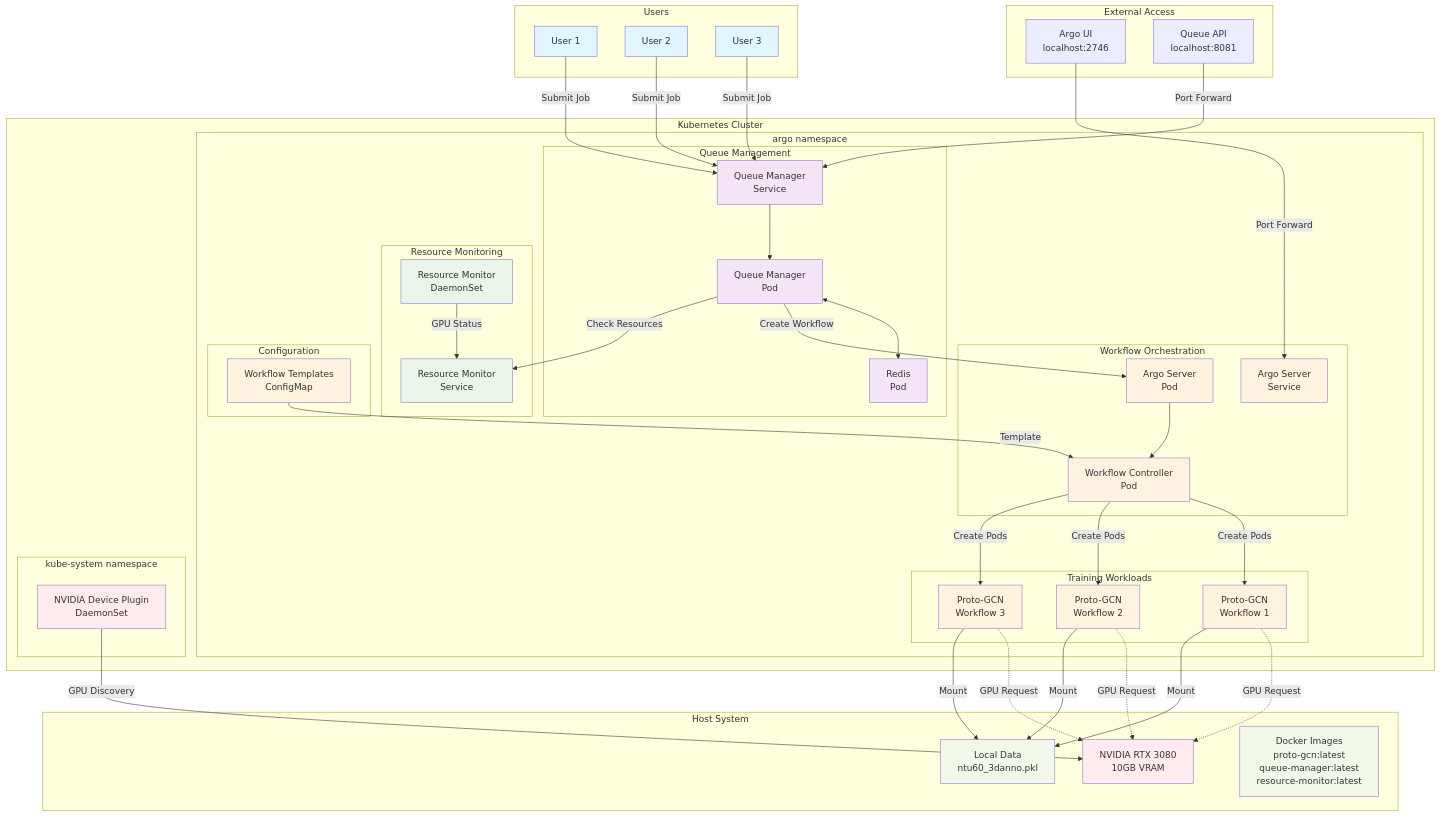
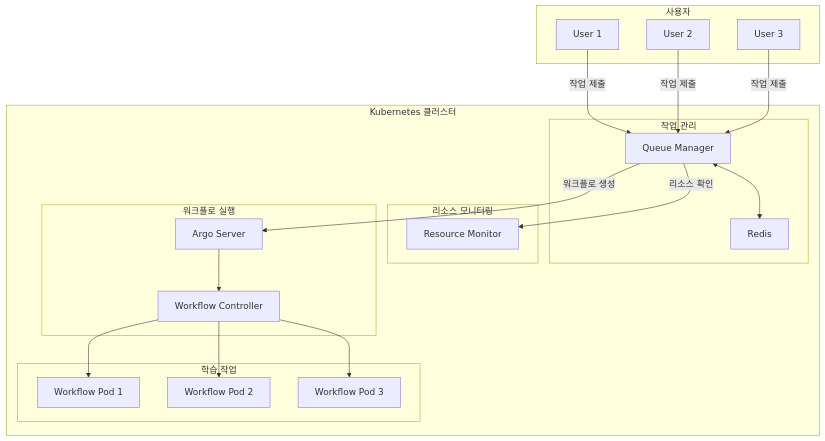
One commit to DGU-CSDC-Lab/k8s-multi-container-system changed the diagram in architecture.md. Above: the diagram before and after it, drawn with Mermaid. The commit also changed other lines of this file and 5 other files, not shown here.

````diff
--- a/architecture.md
+++ b/architecture.md
@@ -5,105 +5,43 @@
 ```mermaid
 graph TB
-    subgraph "Users"
+    subgraph "사용자"
         U1[User 1]
-        U2[User 2]
+        U2[User 2] 
         U3[User 3]
     end
 
-    subgraph "Kubernetes Cluster"
-        subgraph "argo namespace"
-            subgraph "Queue Management"
-                QM[Queue Manager<br/>Pod]
-                Redis[Redis<br/>Pod]
-                QS[Queue Manager<br/>Service]
-            end
-            
-            subgraph "Resource Monitoring"
-                RM[Resource Monitor<br/>DaemonSet]
-                RMS[Resource Monitor<br/>Service]
-            end
-            
-            subgraph "Workflow Orchestration"
-                AS[Argo Server<br/>Pod]
-                WC[Workflow Controller<br/>Pod]
-                ASS[Argo Server<br/>Service]
-            end
-            
-            subgraph "Training Workloads"
-                W1[Proto-GCN<br/>Workflow 1]
-                W2[Proto-GCN<br/>Workflow 2]
-                W3[Proto-GCN<br/>Workflow 3]
-            end
-            
-            subgraph "Configuration"
-                CM[Workflow Templates<br/>ConfigMap]
-            end
+    subgraph "Kubernetes 클러스터"
+        subgraph "작업 관리"
+            QM[Queue Manager]
+            Redis[Redis]
         end
         
-        subgraph "kube-system namespace"
-            NDP[NVIDIA Device Plugin<br/>DaemonSet]
+        subgraph "리소스 모니터링"
+            RM[Resource Monitor]
+        end
+        
+        subgraph "워크플로 실행"
+            AS[Argo Server]
+            WC[Workflow Controller]
+        end
+        
+        subgraph "학습 작업"
+            W1[Workflow Pod 1]
+            W2[Workflow Pod 2]
+            W3[Workflow Pod 3]
         end
     end
+
+    U1 -->|작업 제출| QM
+    U2 -->|작업 제출| QM
+    U3 -->|작업 제출| QM
     
-    subgraph "Host System"
-        GPU[NVIDIA RTX 3080<br/>10GB VRAM]
-        DATA[Local Data<br/>ntu60_3danno.pkl]
-        DOCKER[Docker Images<br/>proto-gcn:latest<br/>queue-manager:latest<br/>resource-monitor:latest]
-    end
+    QM <--> Redis
+    QM -->|리소스 확인| RM
+    QM -->|워크플로 생성| AS
     
-    subgraph "External Access"
-        UI[Argo UI<br/>localhost:2746]
-        API[Queue API<br/>localhost:8081]
-    end
-
-    %% User Interactions
-    U1 -->|Submit Job| QS
-    U2 -->|Submit Job| QS
-    U3 -->|Submit Job| QS
-    
-    %% Queue Management Flow
-    QS --> QM
-    QM <--> Redis
-    QM -->|Create Workflow| AS
-    
-    %% Resource Monitoring
-    RM -->|GPU Status| RMS
-    QM -->|Check Resources| RMS
-    
-    %% Workflow Execution
     AS --> WC
-    WC -->|Create Pods| W1
-    WC -->|Create Pods| W2
-    WC -->|Create Pods| W3
-    CM -->|Template| WC
-    
-    %% GPU Resource Allocation
-    NDP -->|GPU Discovery| GPU
-    W1 -.->|GPU Request| GPU
-    W2 -.->|GPU Request| GPU
-    W3 -.->|GPU Request| GPU
-    
-    %% Data Access
-    W1 -->|Mount| DATA
-    W2 -->|Mount| DATA
-    W3 -->|Mount| DATA
-    
-    %% External Access
-    UI -->|Port Forward| ASS
-    API -->|Port Forward| QS
-    
-    %% Styling
-    classDef userClass fill:#e1f5fe
-    classDef queueClass fill:#f3e5f5
-    classDef monitorClass fill:#e8f5e8
-    classDef workflowClass fill:#fff3e0
-    classDef gpuClass fill:#ffebee
-    classDef dataClass fill:#f1f8e9
-    
-    class U1,U2,U3 userClass
-    class QM,Redis,QS queueClass
-    class RM,RMS monitorClass
-    class AS,WC,ASS,W1,W2,W3,CM workflowClass
-    class GPU,NDP gpuClass
-    class DATA,DOCKER dataClass
+    WC --> W1
+    WC --> W2
+    WC --> W3
 ```
````
